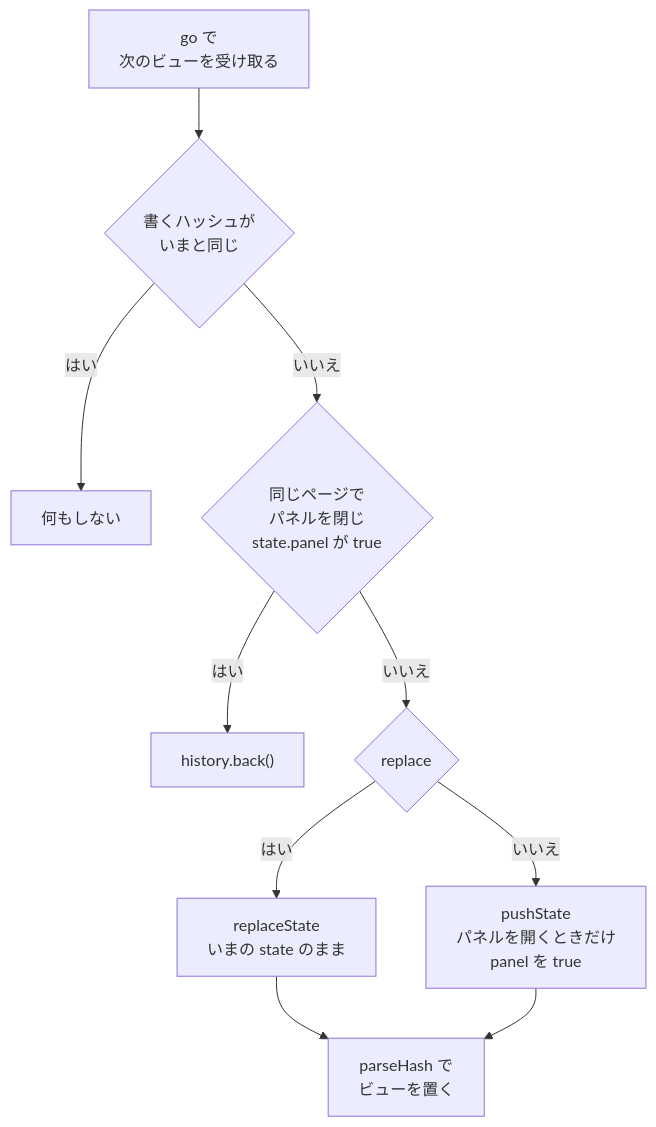
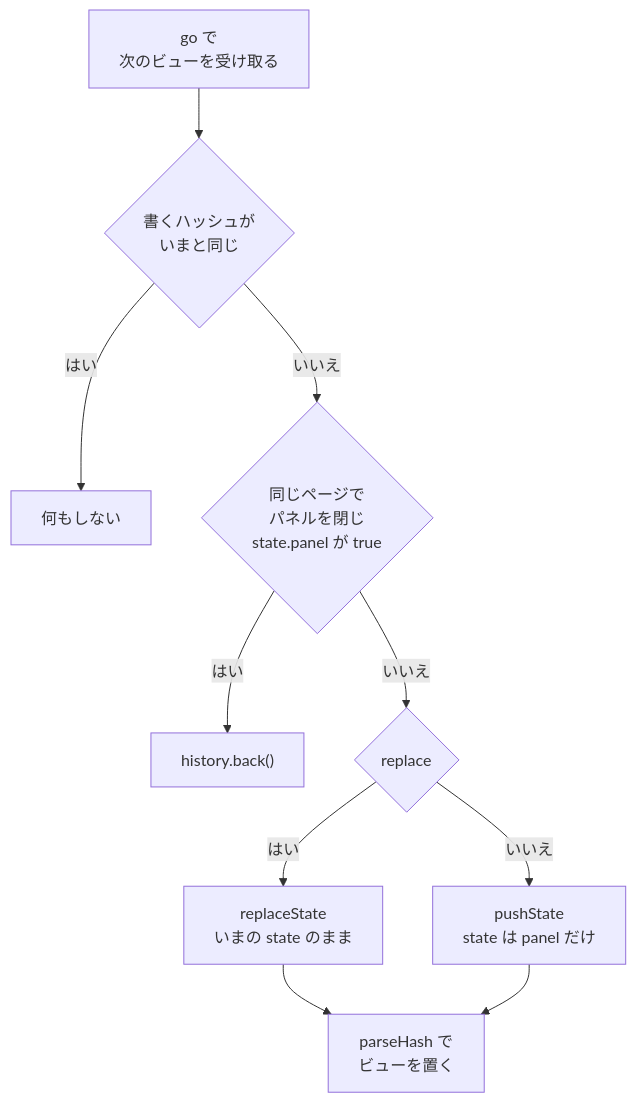
Before and after one commit to maronnjapan/maronn-openid-connect: diagram 13 of 42 in apps/tests/docs/06-viewer.md, drawn with Mermaid. The commit also changed other lines of this file and 11 other files, not shown here.

````diff
--- a/apps/tests/docs/06-viewer.md
+++ b/apps/tests/docs/06-viewer.md
@@ -745,19 +1018,19 @@
 ```mermaid
 flowchart TB
   A["go で<br/>次のビューを受け取る"]
   B{"書くハッシュが<br/>いまと同じ"}
   N["何もしない"]
   C{"同じページで<br/>パネルを閉じ<br/>state.panel が true"}
   D["history.back()"]
   E{"replace"}
   F["replaceState<br/>いまの state のまま"]
-  G["pushState<br/>パネルを開くときだけ<br/>panel を true"]
+  G["pushState<br/>state は panel だけ"]
   H["parseHash で<br/>ビューを置く"]
   A --> B
   B -->|"はい"| N
   B -->|"いいえ"| C
   C -->|"はい"| D
   C -->|"いいえ"| E
   E -->|"はい"| F --> H
   E -->|"いいえ"| G --> H
 ```
````
